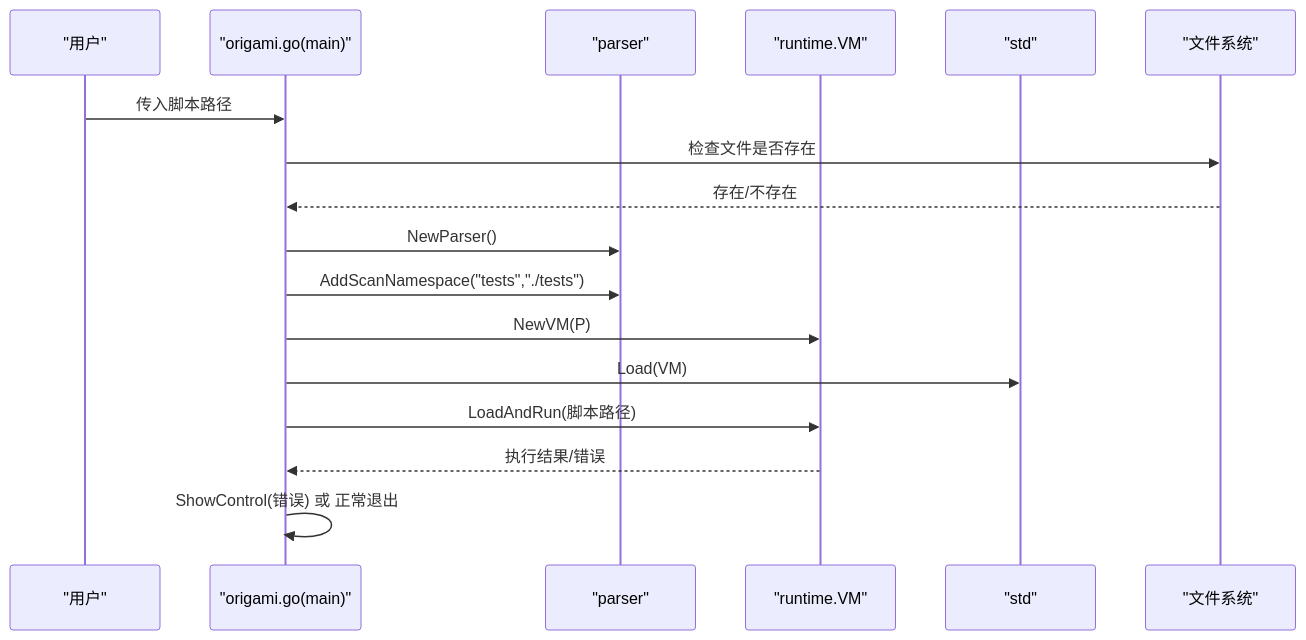
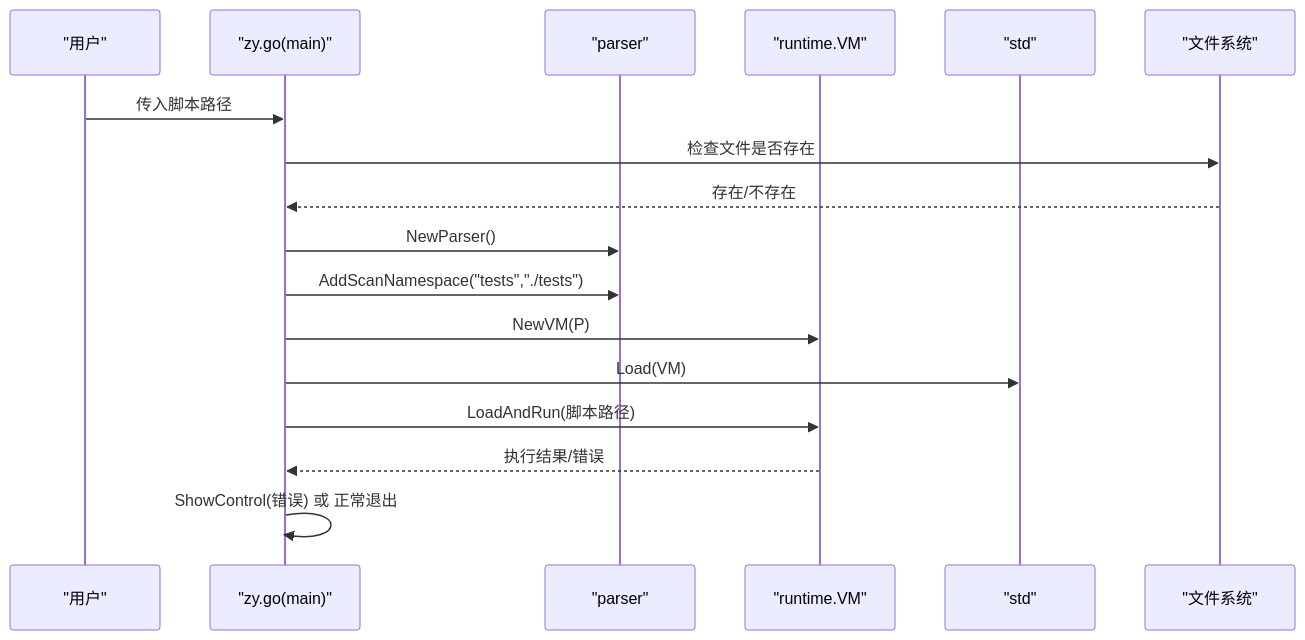
One commit to php-any/origami changed the second of 3 diagrams in .qoder/repowiki/zh/content/快速开始.md. Above: the diagram before and after it, drawn with Mermaid. The commit also changed other lines of this file and 21 other files, not shown here.

````diff
--- a/.qoder/repowiki/zh/content/快速开始.md
+++ b/.qoder/repowiki/zh/content/快速开始.md
@@ -82,19 +82,19 @@
 ```mermaid
 sequenceDiagram
 participant U as "用户"
-participant CLI as "origami.go(main)"
+participant CLI as "zy.go(main)"
 participant P as "parser"
 participant VM as "runtime.VM"
 participant STD as "std"
 participant FS as "文件系统"
 U->>CLI : 传入脚本路径
 CLI->>FS : 检查文件是否存在
 FS-->>CLI : 存在/不存在
 CLI->>P : NewParser()
 CLI->>P : AddScanNamespace("tests","./tests")
 CLI->>VM : NewVM(P)
 CLI->>STD : Load(VM)
 CLI->>VM : LoadAndRun(脚本路径)
 VM-->>CLI : 执行结果/错误
 CLI->>CLI : ShowControl(错误) 或 正常退出
 ```
````
